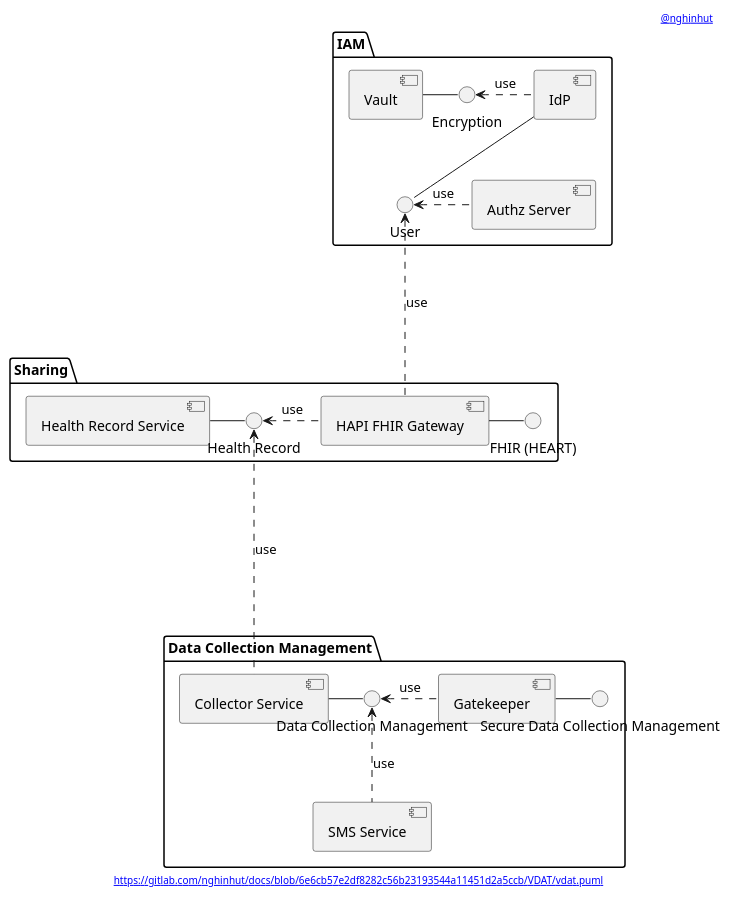
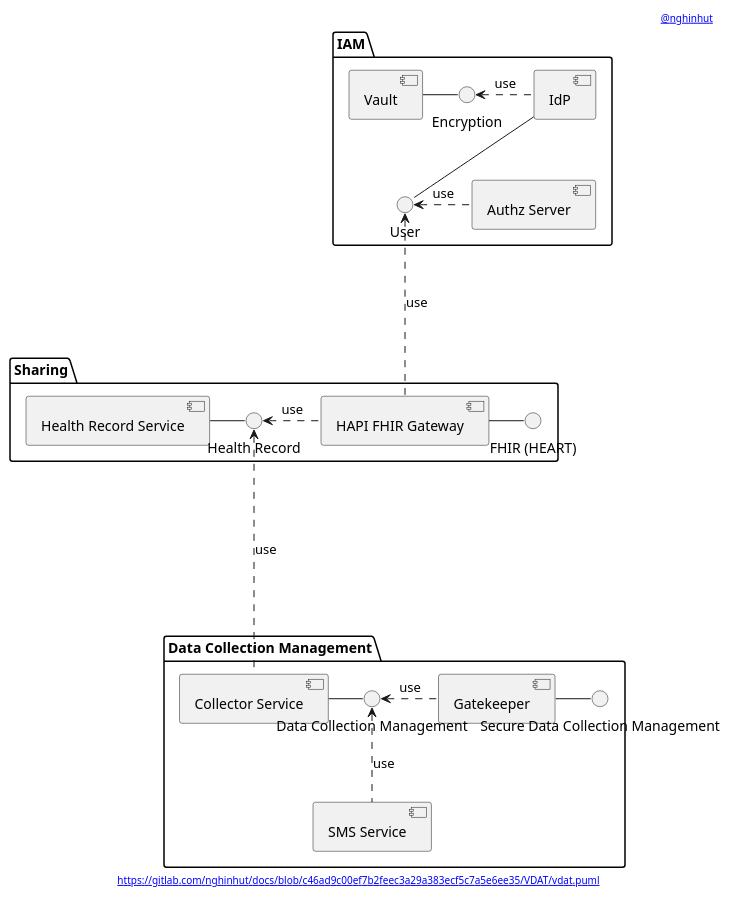
The diagram in VDAT/vdat.component.puml (nghinhut/docs), drawn with PlantUML before and after one commit. The commit also changed 37 other files, not shown here.

```diff
--- a/VDAT/vdat.component.puml
+++ b/VDAT/vdat.component.puml
@@ -1,59 +1,59 @@
 @startuml
 '-----START auto generated metadata please keep comment here to allow auto update-----
 '-----DON'T EDIT THIS SECTION, INSTEAD RE-RUN prebuild.sh TO UPDATE-----
-header [[https://www.nghinhut.dev?from=http%5C%3A%5C%2F%5C%2Fwww%5C.plantuml%5C.com%5C%2Fplantuml%5C%2Fproxy%3Ffmt%3Dsvg%5C%26src%3Dhttps%5C%3A%5C%2F%5C%2Fgitlab%5C.com%5C%2Fnghinhut%5C%2Fdocs%5C%2Fraw%5C%2F6e6cb57e2df8282c56b23193544a11451d2a5ccb%5C%2FVDAT%5C%2Fvdat%5C.puml%0A @nghinhut]]
-footer [[http://www.plantuml.com/plantuml/proxy?fmt=svg&src=https://gitlab.com/nghinhut/docs/raw/6e6cb57e2df8282c56b23193544a11451d2a5ccb/VDAT/vdat.puml https://gitlab.com/nghinhut/docs/blob/6e6cb57e2df8282c56b23193544a11451d2a5ccb/VDAT/vdat.puml]]
+header [[https://www.nghinhut.dev?from=http%5C%3A%5C%2F%5C%2Fwww%5C.plantuml%5C.com%5C%2Fplantuml%5C%2Fproxy%3Ffmt%3Dsvg%5C%26src%3Dhttps%5C%3A%5C%2F%5C%2Fgitlab%5C.com%5C%2Fnghinhut%5C%2Fdocs%5C%2Fraw%5C%2Fc46ad9c00ef7b2feec3a29a383ecf5c7a5e6ee35%5C%2FVDAT%5C%2Fvdat%5C.puml%0A @nghinhut]]
+footer [[http://www.plantuml.com/plantuml/proxy?fmt=svg&src=https://gitlab.com/nghinhut/docs/raw/c46ad9c00ef7b2feec3a29a383ecf5c7a5e6ee35/VDAT/vdat.puml https://gitlab.com/nghinhut/docs/blob/c46ad9c00ef7b2feec3a29a383ecf5c7a5e6ee35/VDAT/vdat.puml]]
 '-----END auto generated metadata please keep comment here to allow auto update-----
 
 package "IAM" {
     component "Authz Server" as as
     component Vault as vault
     component IdP as idp
 
 '    interface "OAuth2 Authentication" as IOAuth2Authentication
 '    interface "UMA2 Authorization" as IUMA2Authorization
 '    as -- IOAuth2Authentication
 '    as -- IUMA2Authorization
     interface "Encryption" as IEncrypt
     interface "User" as IUser
 }
 
 package "Sharing" {
     component "Health Record Service" as record
     interface "Health Record" as IHealthRecord
     component "HAPI FHIR Gateway" as fhir
     interface "FHIR (HEART)" as IFHIR
 }
 
 package "Data Collection Management" {
     component "Collector Service" as collector
     component "SMS Service" as sms
     component "Gatekeeper" as collector_gatekeeper
     interface "Data Collection Management" as IDataCollectionManagement
     interface "Secure Data Collection Management" as ISecureDataCollectionManagement
 }
 
 
 
 
 
 
 vault - IEncrypt
 IEncrypt <. idp : use
 idp -- IUser
 IUser <. as : use
 IUser <... fhir : use
 
 
 record - IHealthRecord
 IHealthRecord <. fhir : use
 fhir - IFHIR
 IHealthRecord <.... collector : use
 
 
 collector - IDataCollectionManagement
 IDataCollectionManagement <. collector_gatekeeper : use
 collector_gatekeeper - ISecureDataCollectionManagement
 
 IDataCollectionManagement <.. sms : use
 @enduml
```
